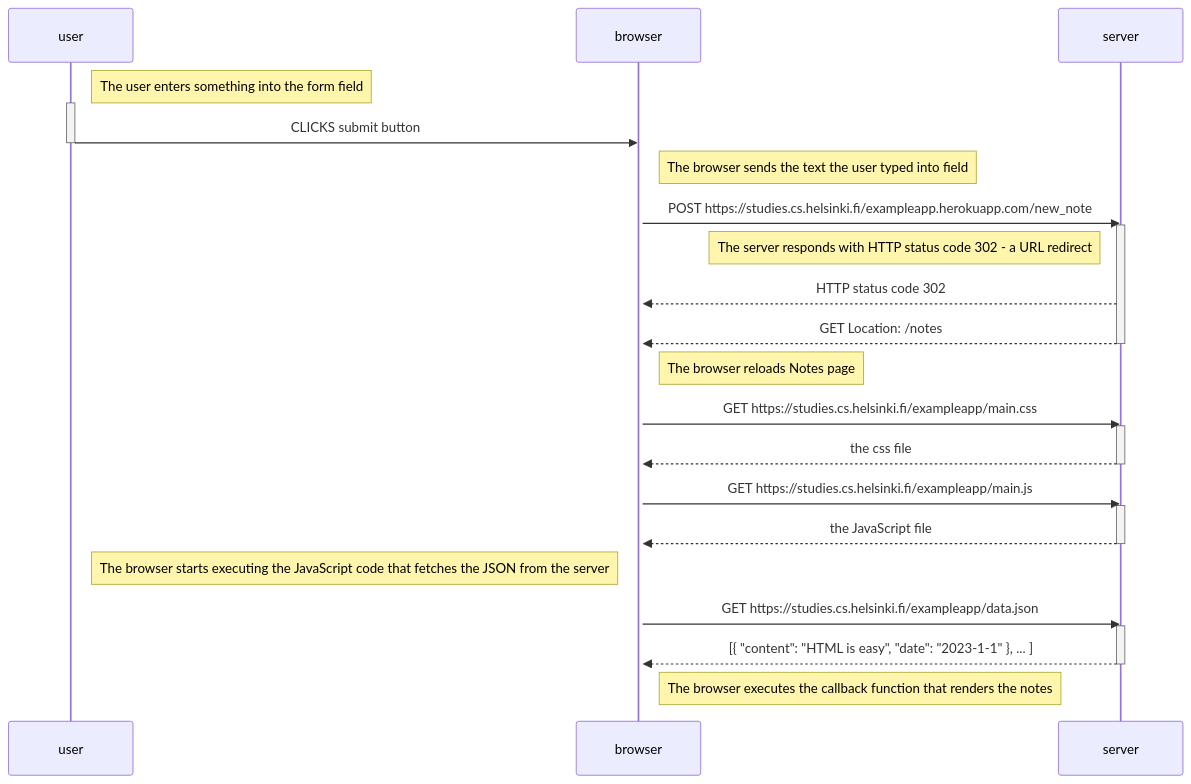
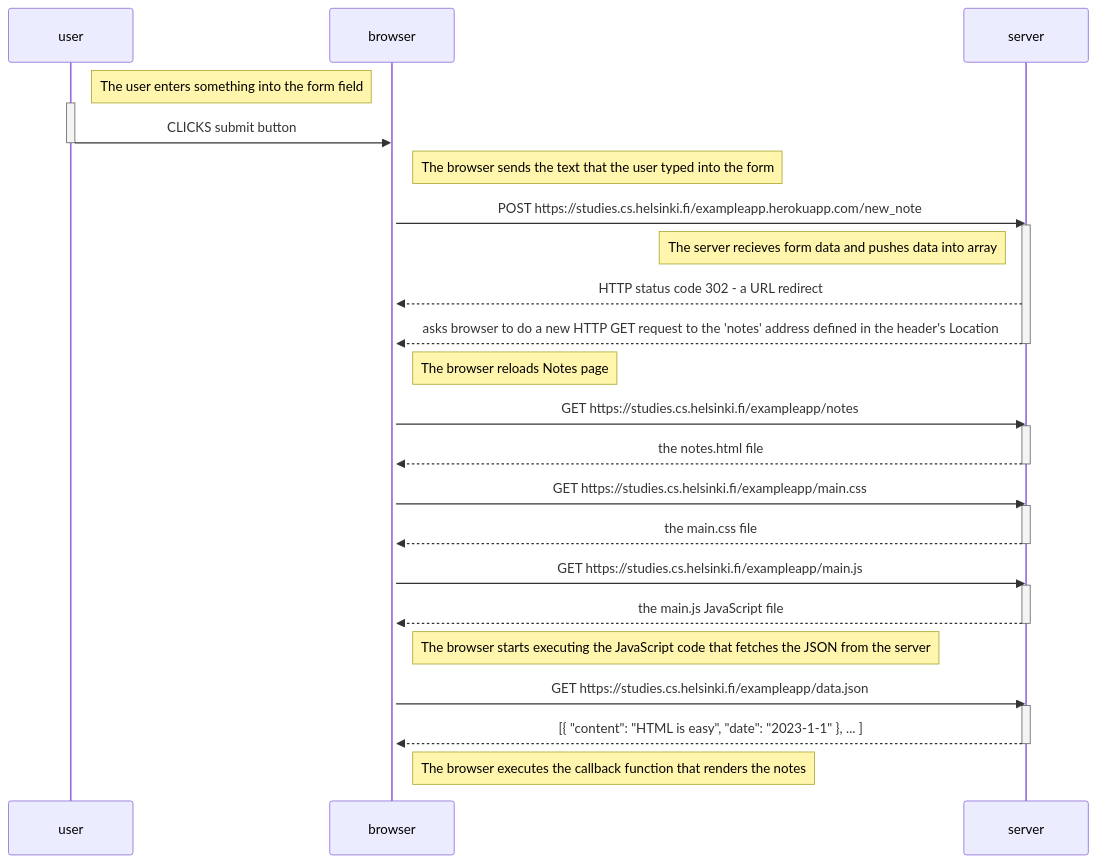
Before and after one commit to Emma-Belg/FullStackOpenCourse: the diagram in part0/0.4NoteDiagram.md, drawn with Mermaid.

````diff
--- a/part0/0.4NoteDiagram.md
+++ b/part0/0.4NoteDiagram.md
@@ -4,40 +4,45 @@
  ```mermaid
 sequenceDiagram
     participant user
     participant browser
     participant server
     
     Note right of user: The user enters something into the form field
     activate user
     user->>browser: CLICKS submit button
     deactivate user
     activate browser
-    Note right of browser: The browser sends the text the user typed into field
+    Note right of browser: The browser sends the text that the user typed into the form
     browser->>server: POST https://studies.cs.helsinki.fi/exampleapp.herokuapp.com/new_note
     activate server
-    Note left of server: The server responds with HTTP status code 302 - a URL redirect
-    server-->>browser: HTTP status code 302 
-    server-->>browser: GET Location: /notes
+    Note left of server: The server recieves form data and pushes data into array
+    server-->>browser: HTTP status code 302 - a URL redirect
+    server-->>browser: asks browser to do a new HTTP GET request to the 'notes' address defined in the header's Location
     deactivate server
     
     Note right of browser: The browser reloads Notes page
+    browser->>server: GET https://studies.cs.helsinki.fi/exampleapp/notes
+    activate server
+    server-->>browser: the notes.html file
+    deactivate server
+
     browser->>server: GET https://studies.cs.helsinki.fi/exampleapp/main.css
     activate server
-    server-->>browser: the css file
+    server-->>browser: the main.css file
     deactivate server
     
     browser->>server: GET https://studies.cs.helsinki.fi/exampleapp/main.js
     activate server
-    server-->>browser: the JavaScript file
+    server-->>browser: the main.js JavaScript file
     deactivate server
     
-    Note left of browser: The browser starts executing the JavaScript code that fetches the JSON from the server
+    Note right of browser: The browser starts executing the JavaScript code that fetches the JSON from the server
     
     browser->>server: GET https://studies.cs.helsinki.fi/exampleapp/data.json
     activate server
     server-->>browser: [{ "content": "HTML is easy", "date": "2023-1-1" }, ... ]
     deactivate server    
 
     Note right of browser: The browser executes the callback function that renders the notes 
     
 ```
````
